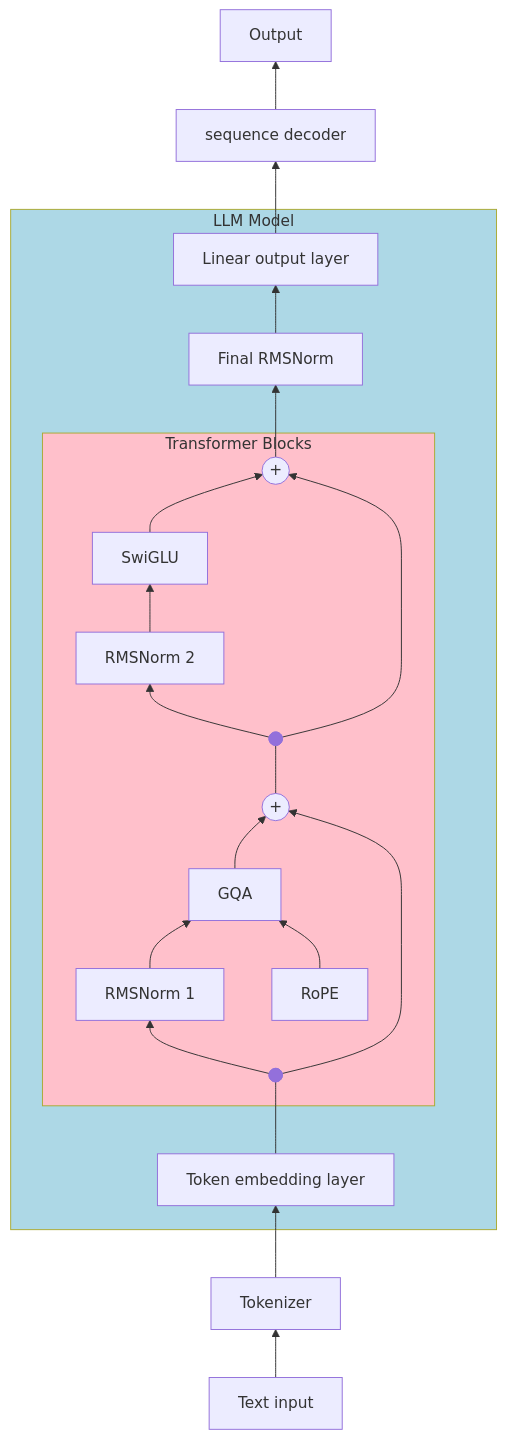
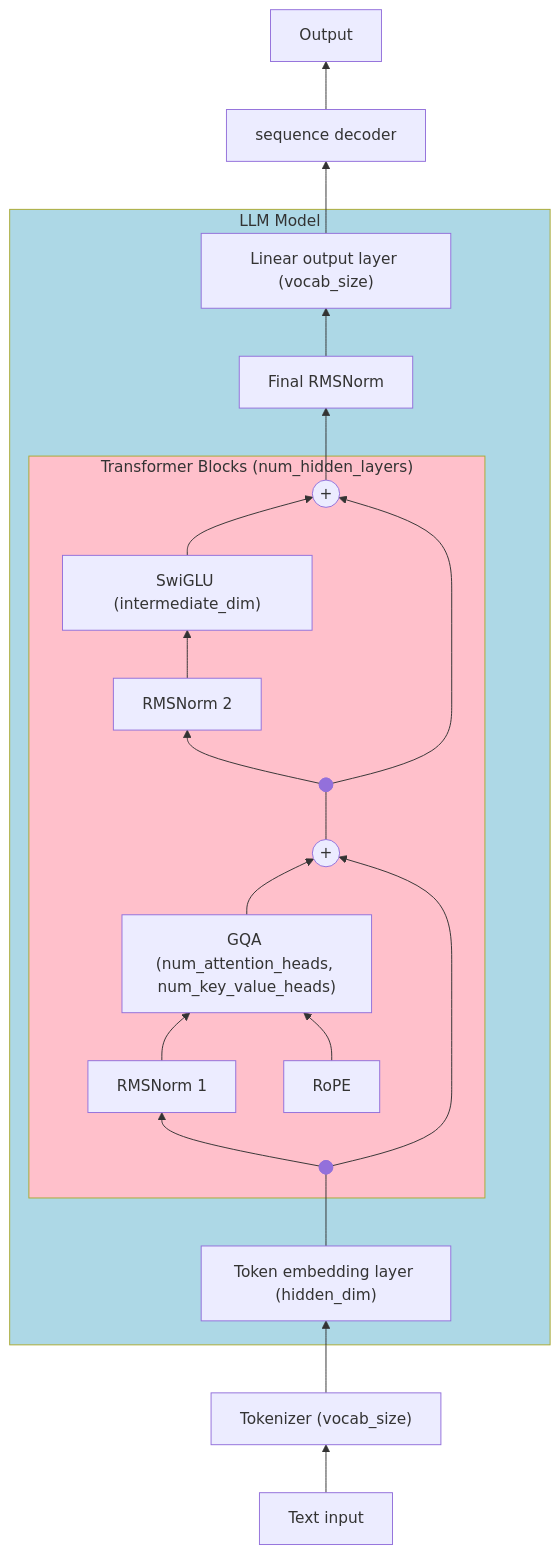
The fifth of 7 diagrams in README.md (m0baxter/gobots), drawn with Mermaid before and after one commit. The commit also changed other lines of this file, not shown here.

````diff
--- a/README.md
+++ b/README.md
@@ -333,19 +350,19 @@
 ```mermaid
 flowchart BT
-   text_input[Text input] --> Tokenizer
-   Tokenizer --> embedding[Token embedding layer]
+   text_input[Text input] --> Tokenizer["Tokenizer (vocab_size)"]
+   Tokenizer --> embedding["Token embedding layer (hidden_dim)"]
    subgraph model [LLM Model]
       embedding --- split1
-      subgraph block[Transformer Blocks]
-         split1@{shape: f-circ} --> norm1[RMSNorm 1] --> attention[GQA]
+      subgraph block["Transformer Blocks (num_hidden_layers)"]
+         split1@{shape: f-circ} --> norm1[RMSNorm 1] --> attention["GQA (num_attention_heads, num_key_value_heads)"]
          pos_emb[RoPE] --> attention --> merge1@{shape: circle, label: " + "}
-         split1 --> merge1 --- split2@{shape: f-circ} --> norm2[RMSNorm 2] --> ffn[SwiGLU] --> merge2@{shape: circle, label: " + "}
+         split1 --> merge1 --- split2@{shape: f-circ} --> norm2[RMSNorm 2] --> ffn["SwiGLU (intermediate_dim)"] --> merge2@{shape: circle, label: " + "}
          split2 --> merge2
       end
-      merge2 --> norm_final[Final RMSNorm] --> output_layer[Linear output layer]
+      merge2 --> norm_final[Final RMSNorm] --> output_layer["Linear output layer (vocab_size)"]
    end
    output_layer --> output[sequence decoder] --> Output
 
 style model fill: lightblue
 style block fill: pink
 ```
````
